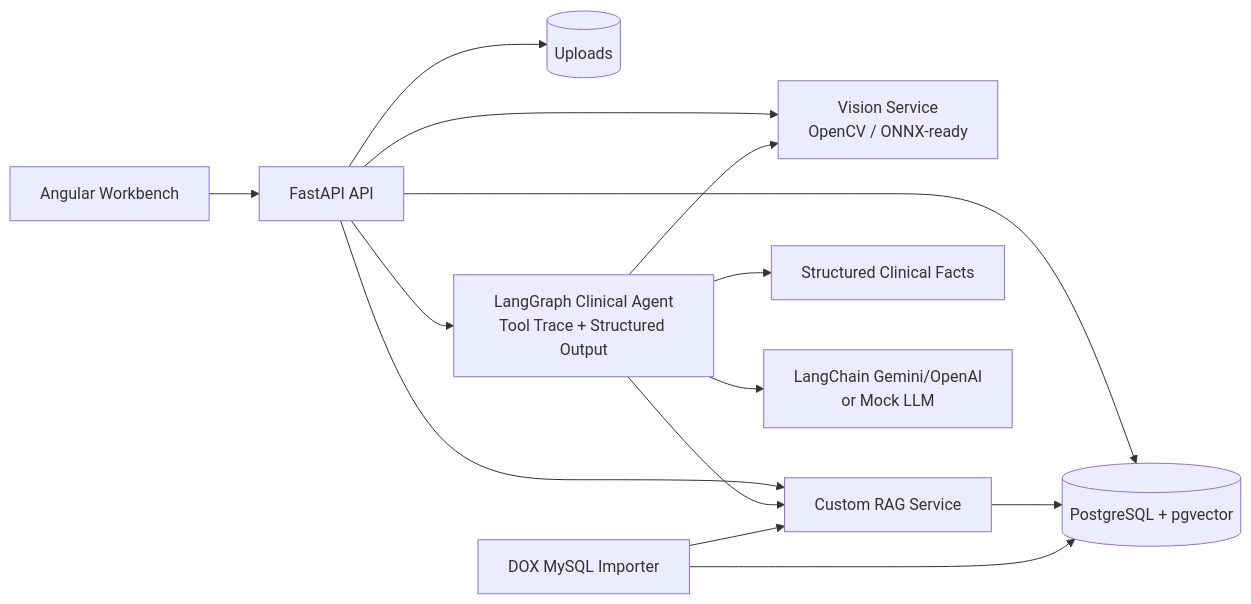
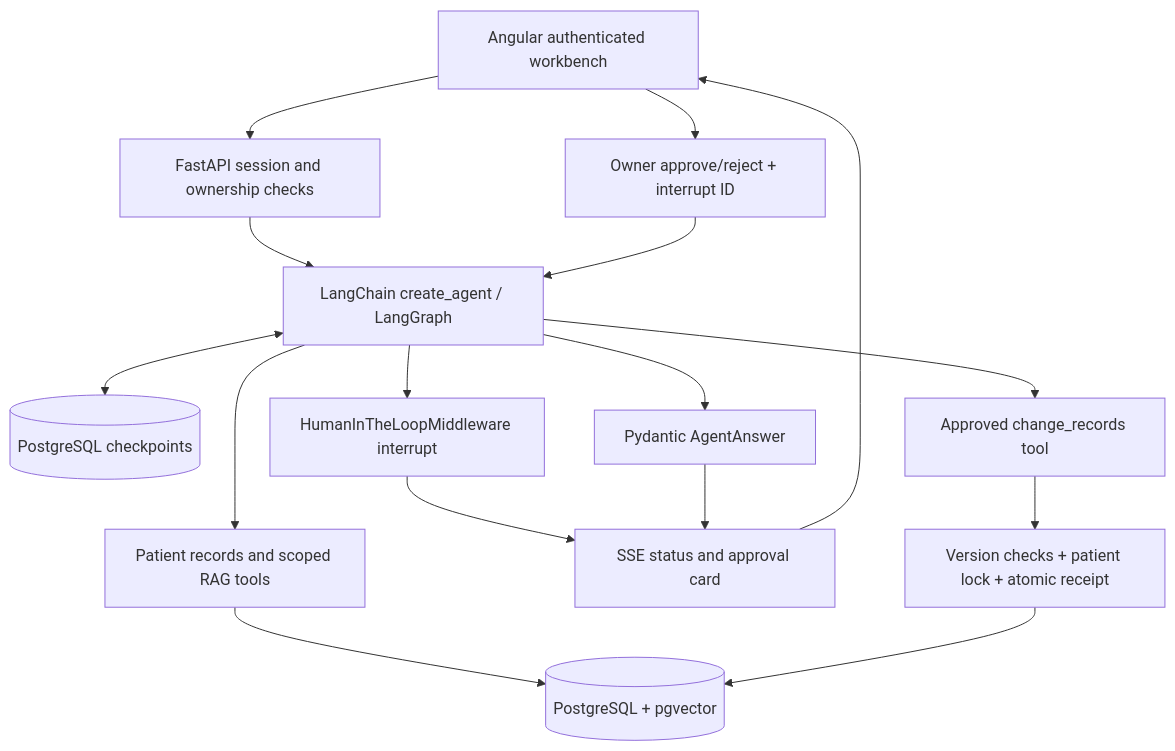
The diagram in docs/architecture.md (EnhuiGuoTony/DentalAI-Copilot), drawn with Mermaid before and after one commit. The commit also changed other lines of this file and 36 other files, not shown here.

````diff
--- a/docs/architecture.md
+++ b/docs/architecture.md
@@ -3,16 +3,18 @@
 ```mermaid
-flowchart LR
-  UI[Angular Workbench] --> API[FastAPI API]
-  API --> PG[(PostgreSQL + pgvector)]
-  API --> Files[(Uploads)]
-  API --> Vision[Vision Service<br/>OpenCV / ONNX-ready]
-  API --> RAG[Custom RAG Service]
-  RAG --> PG
-  API --> Agent[LangGraph Clinical Agent<br/>Tool Trace + Structured Output]
-  Agent --> RAG
-  Agent --> Facts[Structured Clinical Facts]
-  Agent --> Vision
-  Agent --> LLM[LangChain Gemini/OpenAI<br/>or Mock LLM]
-  Importer[DOX MySQL Importer] --> PG
-  Importer --> RAG
+flowchart TD
+  UI[Angular authenticated workbench] --> Auth[FastAPI session and ownership checks]
+  Auth --> Graph[LangChain create_agent / LangGraph]
+  Graph <--> Memory[(PostgreSQL checkpoints)]
+  Graph --> Read[Patient records and scoped RAG tools]
+  Read --> PG[(PostgreSQL + pgvector)]
+  Graph --> HITL[HumanInTheLoopMiddleware interrupt]
+  HITL --> SSE[SSE status and approval card]
+  SSE --> UI
+  UI --> Decision[Owner approve/reject + interrupt ID]
+  Decision --> Graph
+  Graph --> Write[Approved change_records tool]
+  Write --> Tx[Version checks + patient lock + atomic receipt]
+  Tx --> PG
+  Graph --> Result[Pydantic AgentAnswer]
+  Result --> SSE
 ```
````
